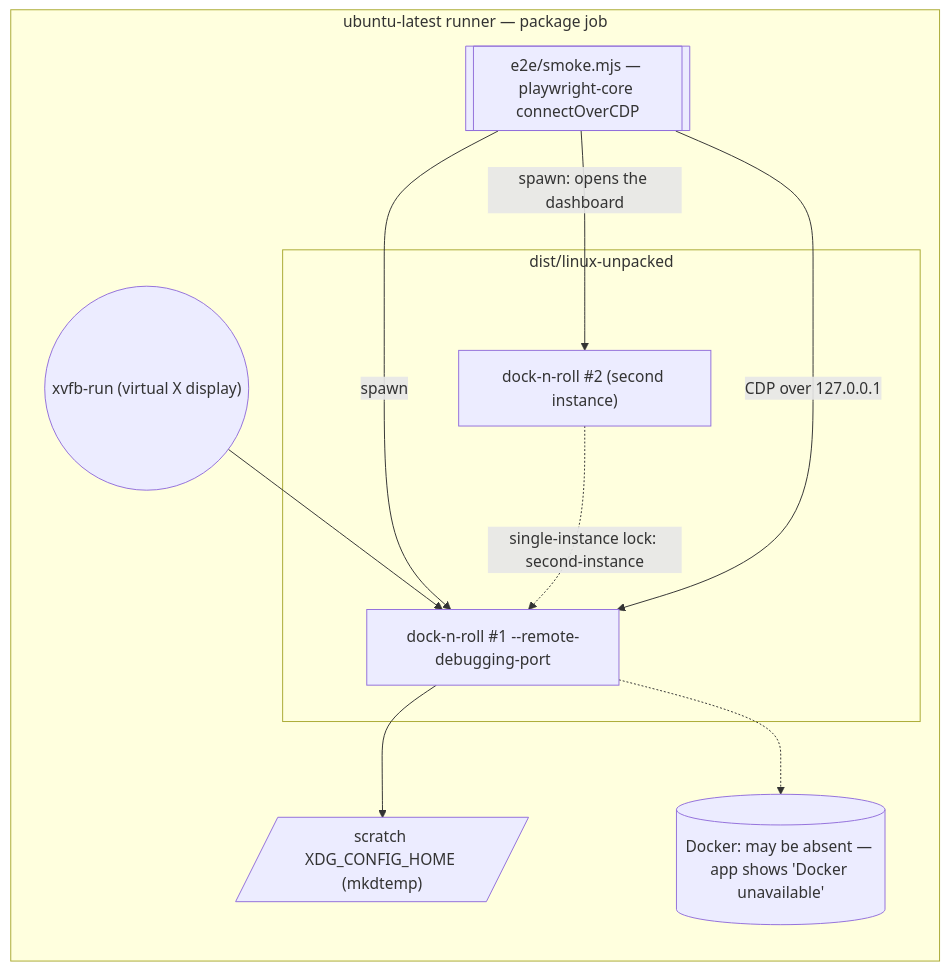
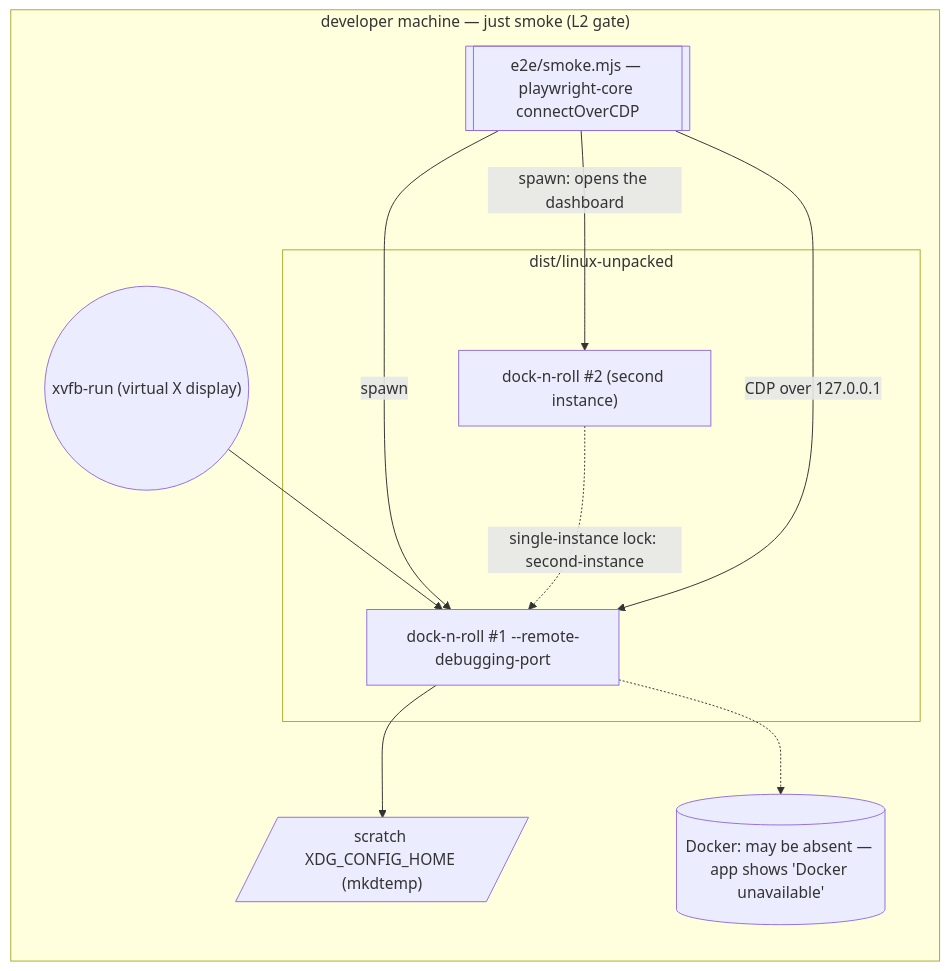
Before and after one commit to benoit-bremaud/dock-n-roll: the second of 2 diagrams in docs/architecture/diagrams/launcher/10-deployment.md, drawn with Mermaid. The commit also changed other lines of this file and 25 other files, not shown here.

````diff
--- a/docs/architecture/diagrams/launcher/10-deployment.md
+++ b/docs/architecture/diagrams/launcher/10-deployment.md
@@ -50,20 +51,20 @@
 ```mermaid
 flowchart LR
-  subgraph Runner ["ubuntu-latest runner — package job"]
+  subgraph Runner ["developer machine — just smoke (L2 gate)"]
     Xvfb(("xvfb-run (virtual X display)"))
     subgraph Unpacked ["dist/linux-unpacked"]
       Exe1["dock-n-roll #1 --remote-debugging-port"]
       Exe2["dock-n-roll #2 (second instance)"]
     end
     Scratch[/"scratch XDG_CONFIG_HOME (mkdtemp)"/]
     Smoke[["e2e/smoke.mjs — playwright-core connectOverCDP"]]
     NoDocker[("Docker: may be absent — app shows 'Docker unavailable'")]
   end
   Xvfb --> Exe1
   Smoke -->|"spawn"| Exe1
   Smoke -->|"spawn: opens the dashboard"| Exe2
   Exe2 -.->|"single-instance lock: second-instance"| Exe1
   Smoke -->|"CDP over 127.0.0.1"| Exe1
   Exe1 --> Scratch
   Exe1 -.-> NoDocker
 ```
````
